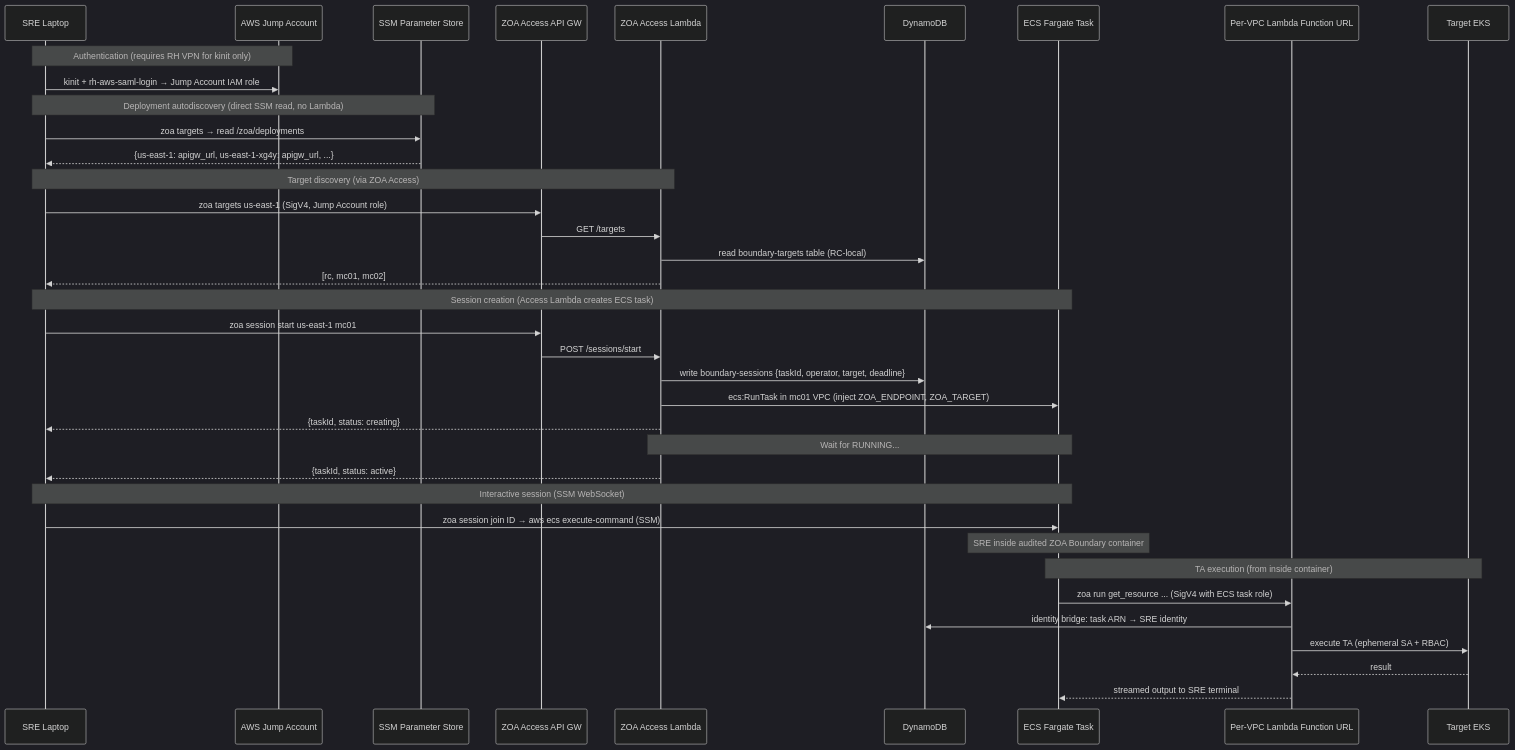
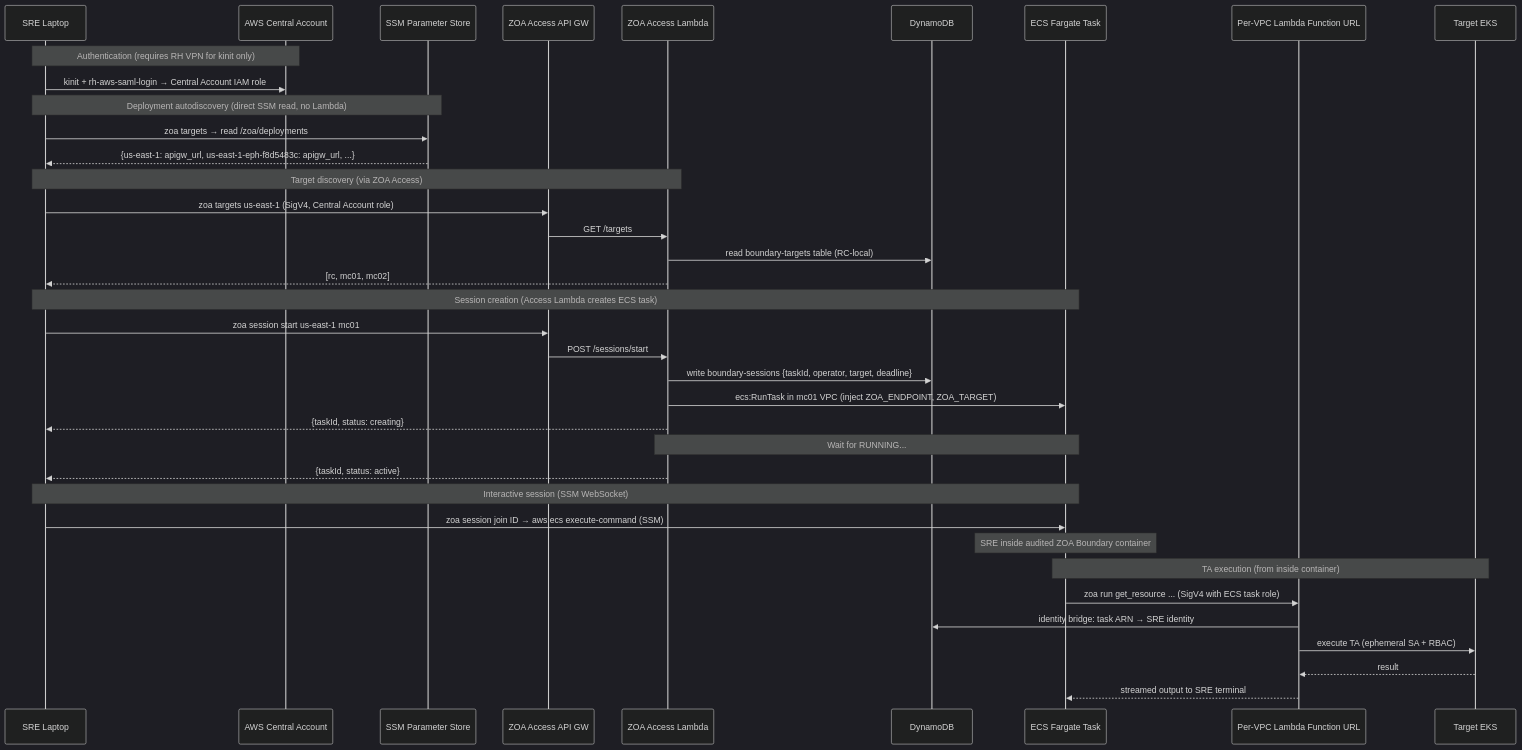
One commit to slopezz/rosa-hyperfleet-zoa changed the first of 5 diagrams in docs/design/zoa-boundary-epic-plan.md. Above: the diagram before and after it, drawn with Mermaid (dark theme). The commit also changed other lines of this file, not shown here.

First line of the commit message:
docs: replace Jump Account with Central Account, single role + LDAP

````diff
--- a/docs/design/zoa-boundary-epic-plan.md
+++ b/docs/design/zoa-boundary-epic-plan.md
@@ -25,45 +25,45 @@
 ```mermaid
 sequenceDiagram
     participant SRE as SRE Laptop
-    participant JA as AWS Jump Account
+    participant JA as AWS Central Account
     participant PS as SSM Parameter Store
     participant AGW as ZOA Access API GW
     participant AL as ZOA Access Lambda
     participant DDB as DynamoDB
     participant ECS as ECS Fargate Task
     participant FU as Per-VPC Lambda Function URL
     participant EKS as Target EKS
 
     Note over SRE,JA: Authentication (requires RH VPN for kinit only)
-    SRE->>JA: kinit + rh-aws-saml-login → Jump Account IAM role
+    SRE->>JA: kinit + rh-aws-saml-login → Central Account IAM role
 
     Note over SRE,PS: Deployment autodiscovery (direct SSM read, no Lambda)
     SRE->>PS: zoa targets → read /zoa/deployments
-    PS-->>SRE: {us-east-1: apigw_url, us-east-1-xg4y: apigw_url, ...}
+    PS-->>SRE: {us-east-1: apigw_url, us-east-1-eph-f8d5483c: apigw_url, ...}
 
     Note over SRE,AL: Target discovery (via ZOA Access)
-    SRE->>AGW: zoa targets us-east-1 (SigV4, Jump Account role)
+    SRE->>AGW: zoa targets us-east-1 (SigV4, Central Account role)
     AGW->>AL: GET /targets
     AL->>DDB: read boundary-targets table (RC-local)
     AL-->>SRE: [rc, mc01, mc02]
 
     Note over SRE,ECS: Session creation (Access Lambda creates ECS task)
     SRE->>AGW: zoa session start us-east-1 mc01
     AGW->>AL: POST /sessions/start
     AL->>DDB: write boundary-sessions {taskId, operator, target, deadline}
     AL->>ECS: ecs:RunTask in mc01 VPC (inject ZOA_ENDPOINT, ZOA_TARGET)
     AL-->>SRE: {taskId, status: creating}
     Note over AL,ECS: Wait for RUNNING...
     AL-->>SRE: {taskId, status: active}
 
     Note over SRE,ECS: Interactive session (SSM WebSocket)
     SRE->>ECS: zoa session join ID → aws ecs execute-command (SSM)
     Note over ECS: SRE inside audited ZOA Boundary container
 
     Note over ECS,EKS: TA execution (from inside container)
     ECS->>FU: zoa run get_resource ... (SigV4 with ECS task role)
     FU->>DDB: identity bridge: task ARN → SRE identity
     FU->>EKS: execute TA (ephemeral SA + RBAC)
     EKS-->>FU: result
     FU-->>ECS: streamed output to SRE terminal
 ```
````
